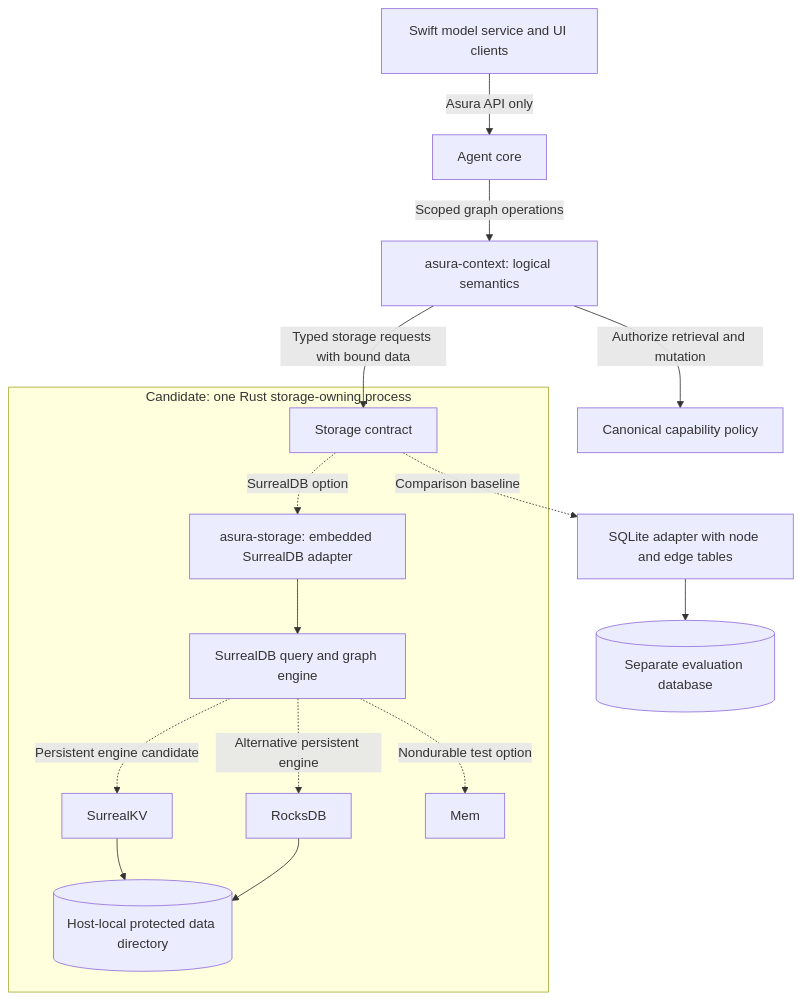
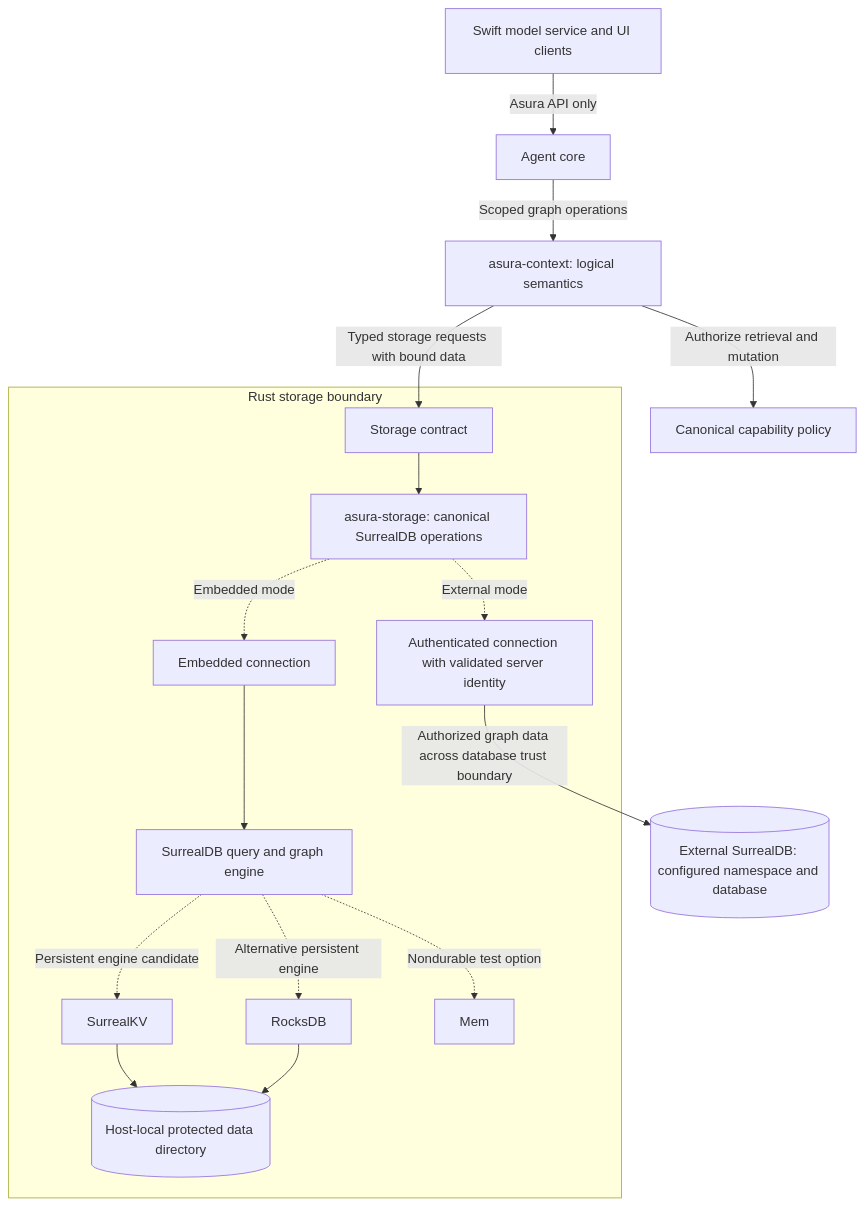
One commit to pidster/asura changed the third of 5 diagrams in docs/designs/context-storage-candidates.md. Above: the diagram before and after it, drawn with Mermaid. The commit also changed other lines of this file and 10 other files, not shown here.

Commit message:
Define storage modes and resolve architecture review findings

````diff
--- a/docs/designs/context-storage-candidates.md
+++ b/docs/designs/context-storage-candidates.md
@@ -56,18 +246,19 @@
 ```mermaid
 flowchart TB
     Agent["Agent core"] -->|Scoped graph operations| Context["asura-context: logical semantics"]
     Context -->|Authorize retrieval and mutation| Policy["Canonical capability policy"]
     Context -->|Typed storage requests with bound data| Contract["Storage contract"]
-    subgraph Candidate["Candidate: one Rust storage-owning process"]
-        Contract -.->|SurrealDB option| Surreal["asura-storage: embedded SurrealDB adapter"]
+    subgraph Candidate["Rust storage boundary"]
+        Contract --> Adapter["asura-storage: canonical SurrealDB operations"]
+        Adapter -.->|Embedded mode| Surreal["Embedded connection"]
         Surreal --> Query["SurrealDB query and graph engine"]
         Query -.->|Persistent engine candidate| KV["SurrealKV"]
         Query -.->|Alternative persistent engine| Rocks["RocksDB"]
         Query -.->|Nondurable test option| Mem["Mem"]
         KV --> Disk[("Host-local protected data directory")]
         Rocks --> Disk
+        Adapter -.->|External mode| Connection["Authenticated connection with validated server identity"]
     end
-    Contract -.->|Comparison baseline| SQLite["SQLite adapter with node and edge tables"]
-    SQLite --> SQLDisk[("Separate evaluation database")]
+    Connection -->|Authorized graph data across database trust boundary| Server[("External SurrealDB: configured namespace and database")]
     Model["Swift model service and UI clients"] -->|Asura API only| Agent
 ```
````
